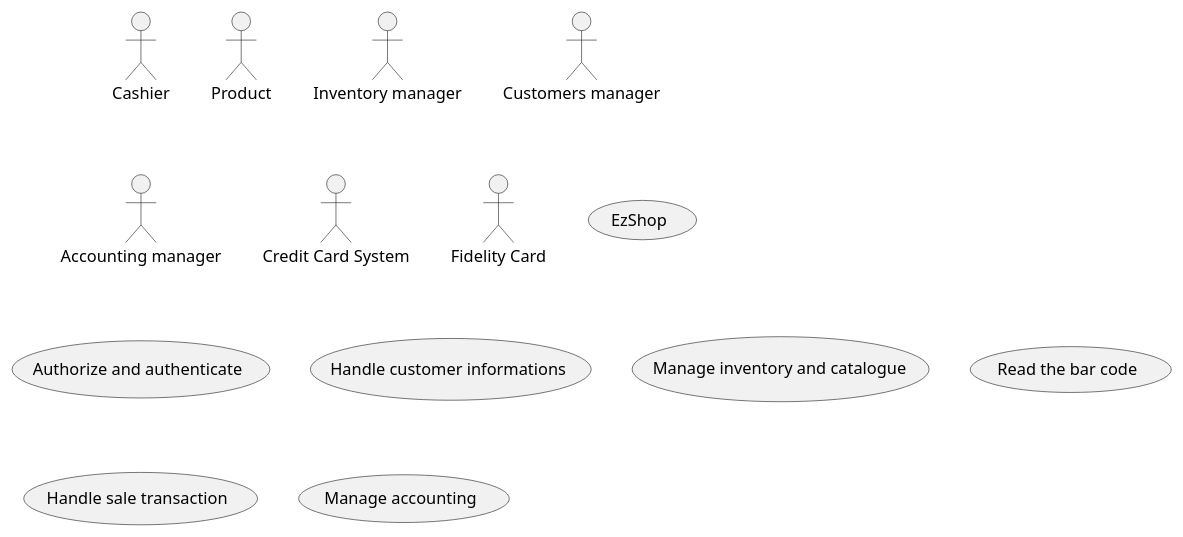
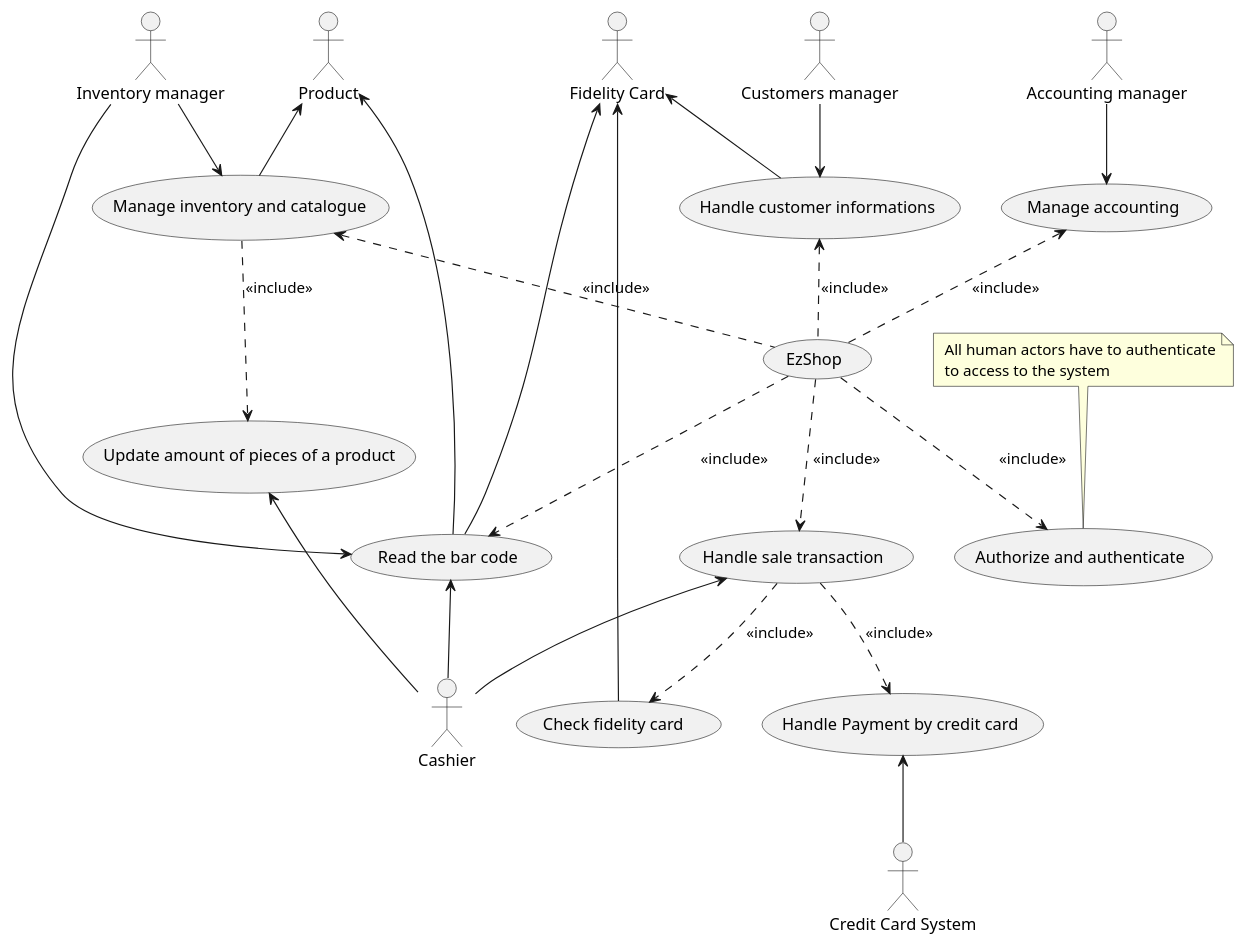
One commit to GrayNeel/SoftEngProject-EZShop changed the second of 2 diagrams in Deliverables/RequirementsDocument.md. Above: the diagram before and after it, drawn with PlantUML. The commit also changed other lines of this file, not shown here.

Commit message:
docs(Requirements): UCD adjusted

````diff
--- a/Deliverables/RequirementsDocument.md
+++ b/Deliverables/RequirementsDocument.md
@@ -176,58 +175,59 @@
 ```plantuml
 @startuml
 
 actor Cashier as c
 actor Product as p
 actor "Inventory manager" as im
 actor "Customers manager" as cm
 actor "Accounting manager" as am
 actor "Credit Card System" as cs
 actor "Fidelity Card" as fc
 
 (EzShop) as (ez)
 
 (Authorize and authenticate) as (aa)
 (Handle customer informations) as (hci)
 (Manage inventory and catalogue) as (mic)
 (Read the bar code) as (rbc)
 (Handle sale transaction) as (hst)
 (Manage accounting) as (ma)
 
-/'(Cancel product from transaction) as (cppr)
-(Manage catalogue) as (mc)
-(Check fidelity card) as (cfc)'/
+(Update amount of pieces of a product) as (uapp)
+(Handle Payment by credit card) as (hpcc)
+(Check fidelity card ) as (cfc)
 
-/'
+note " All human actors have to authenticate\n to access to the system  " as n1
+
+n1 --> aa
+
+
+(ez) .down.> (aa) : <<include>>
+(ez) .up.> (hci) : <<include>>
+(ez) .up.> (mic) : <<include>>
+(ez) .down.> (rbc) : <<include>>
 (ez) .down.> (hst) : <<include>>
-(ez) .down.> (aa) : <<include>>
-(ez) .down.> (cppr) : <<include>>
-(ez) .down.> (rbc) : <<include>>
-(ez) .up.> (mi) : <<include>>
-(ez) .up.> (mc) : <<include>>
-(ez) .up.> (hci) : <<include>>
 (ez) .up.> (ma) : <<include>>
-(hst) .down.> (cfc) : <<include>>
-'/
 
-/'
+(mic) ..> (uapp) : <<include>>
+(hst) ..> (hpcc) : <<include>>
+(hst) ..> (cfc) : <<include>>
+
 c -up-> (hst)
 c -up-> (rbc) 
-am -up-> (ma)
-im --> (mi)
-im --> (mc)
-s --> (cppr)
-cm --> (mci)
+c -up-> (uapp) 
+
+am --> (ma)
+im --> (mic)
+im --> (rbc)
+
+cm --> (hci)
+
 p <-- (rbc)
-p <-- (mc)
-p <-- (mi)
-cs <-up- (hst)
-is <-- (mi)
-is <-- (mc)
-is <-- (rbc) 
-
-fs <-- (mci) 
-fs <-- (cfc)
-'/
+p <-- (mic)
+cs -up-> (hpcc)
+fc <-- (cfc)
+fc <-- (rbc)
+fc <-- (hci)
 
 @enduml
 ```
````
